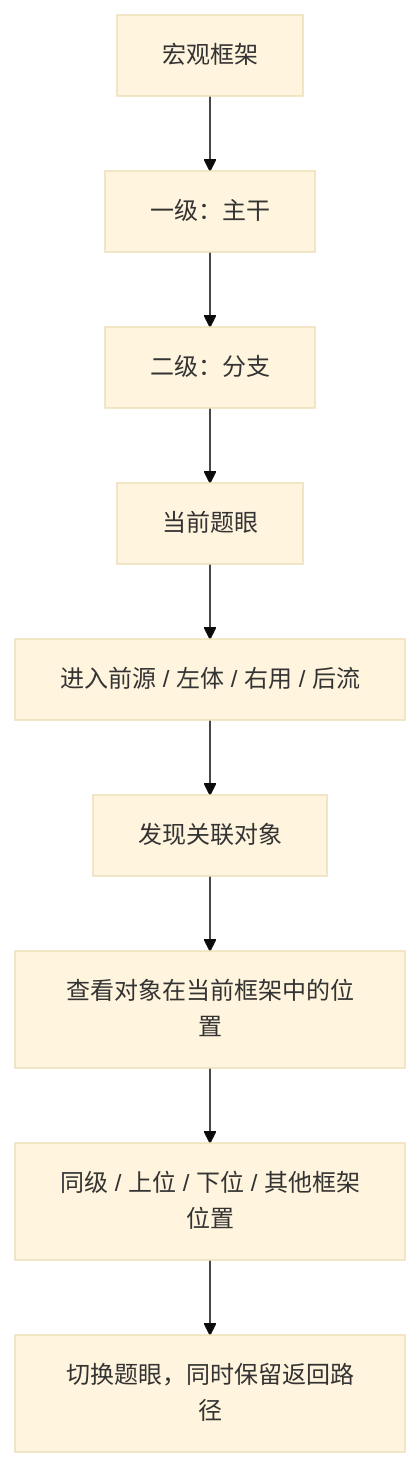
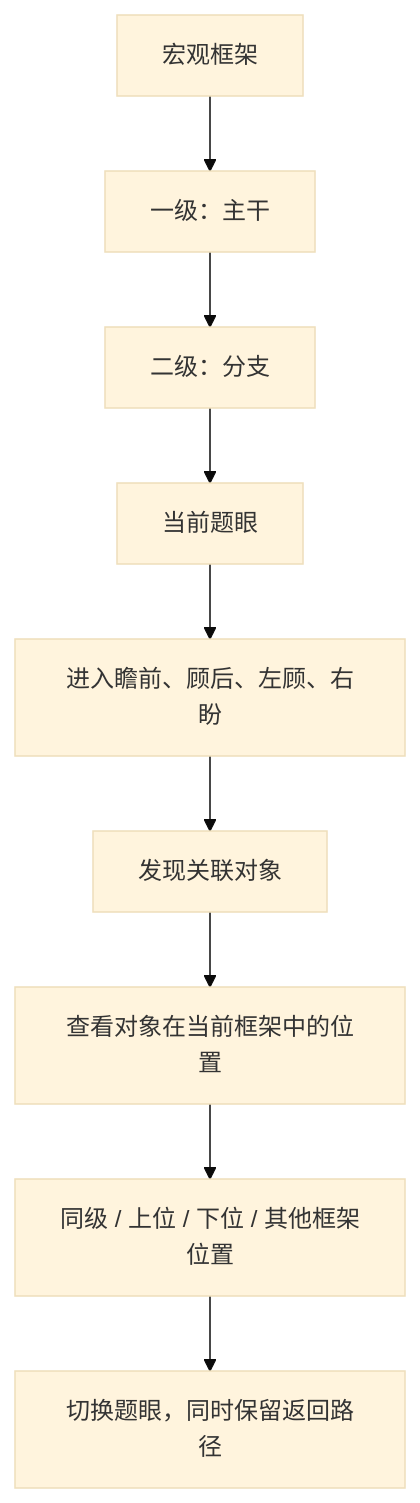
The third of 4 diagrams in docs/MIND-V3.3-A4-FOUR-SIDED-INTERACTION-AND-HISTORICAL-RECONSTRUCTION.md (yijianvision-lgtm/yijian), drawn with Mermaid (base theme) before and after one commit. The commit also changed other lines of this file, not shown here.

````diff
--- a/docs/MIND-V3.3-A4-FOUR-SIDED-INTERACTION-AND-HISTORICAL-RECONSTRUCTION.md
+++ b/docs/MIND-V3.3-A4-FOUR-SIDED-INTERACTION-AND-HISTORICAL-RECONSTRUCTION.md
@@ -154,12 +154,12 @@
 ```mermaid
 flowchart TB
   A["宏观框架"]
   A --> B["一级：主干"]
   B --> C["二级：分支"]
   C --> D["当前题眼"]
-  D --> P["进入前源 / 左体 / 右用 / 后流"]
+  D --> P["进入瞻前、顾后、左顾、右盼"]
   P --> N["发现关联对象"]
   N --> X["查看对象在当前框架中的位置"]
   X --> Y["同级 / 上位 / 下位 / 其他框架位置"]
   Y --> Z["切换题眼，同时保留返回路径"]
 ```
````
